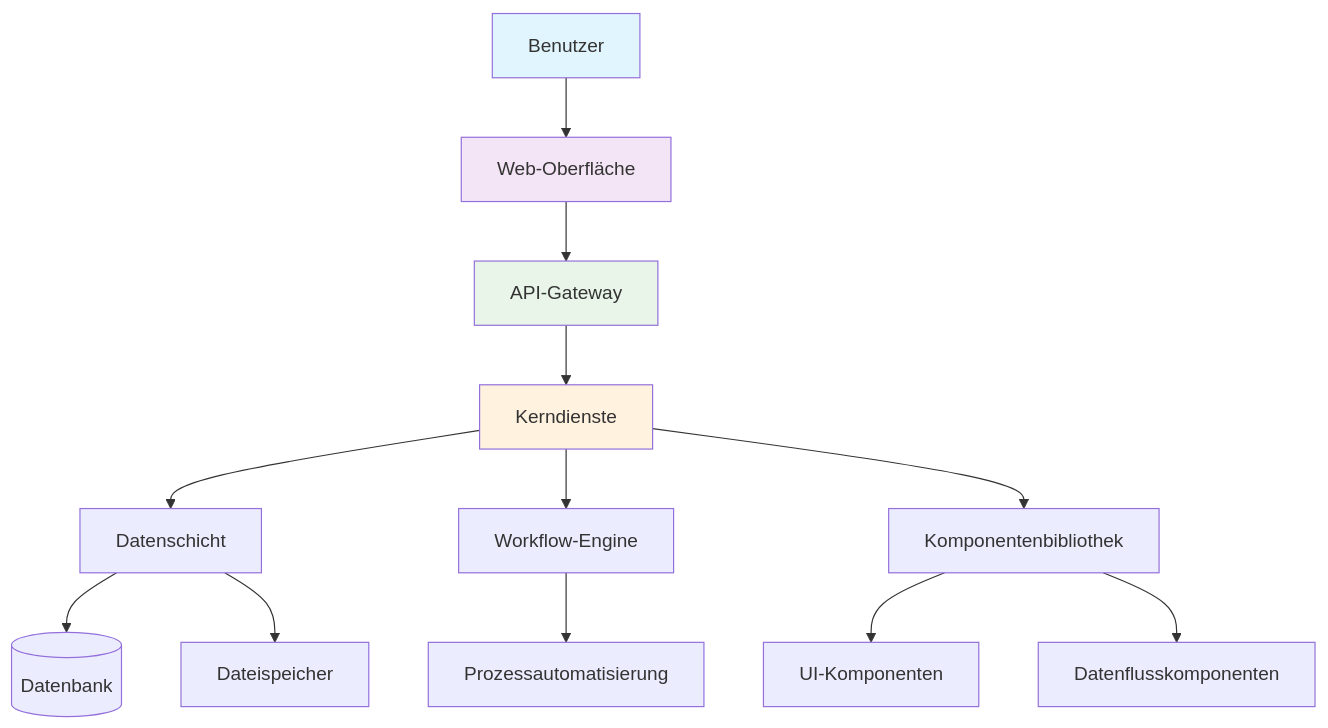
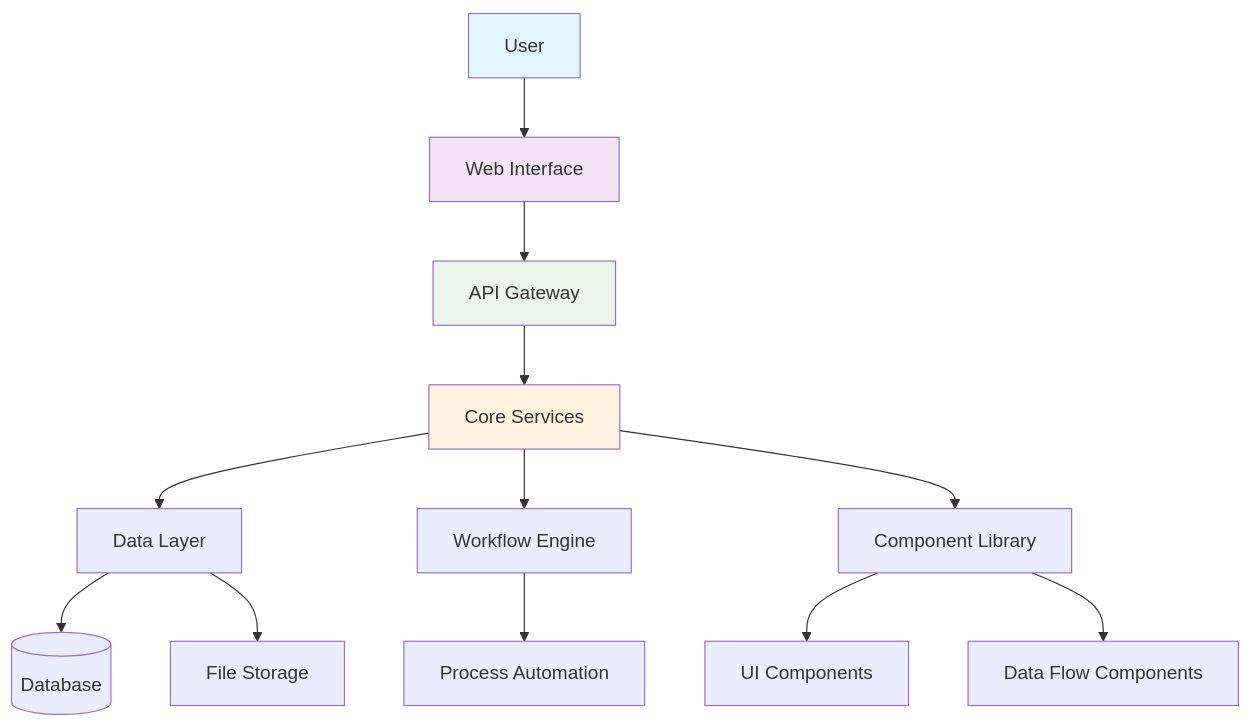
One commit to AqtraPlatform/Docs changed the first of 3 diagrams in docs/de/architecture.md. Above: the diagram before and after it, drawn with Mermaid. The commit also changed other lines of this file and 1326 other files, not shown here.

````diff
--- a/docs/de/architecture.md
+++ b/docs/de/architecture.md
@@ -7,21 +7,21 @@
 ```mermaid
 graph TB
-    A[Benutzer] --> B[Web-Oberfläche]
-    B --> C[API-Gateway]
-    C --> D[Kerndienste]
-    D --> E[Datenschicht]
-    D --> F[Workflow-Engine]
-    D --> G[Komponentenbibliothek]
+    A[User] --> B[Web Interface]
+    B --> C[API Gateway]
+    C --> D[Core Services]
+    D --> E[Data Layer]
+    D --> F[Workflow Engine]
+    D --> G[Component Library]
 
-    E --> H[(Datenbank)]
-    E --> I[Dateispeicher]
+    E --> H[(Database)]
+    E --> I[File Storage]
 
-    F --> J[Prozessautomatisierung]
-    G --> K[UI-Komponenten]
-    G --> L[Datenflusskomponenten]
+    F --> J[Process Automation]
+    G --> K[UI Components]
+    G --> L[Data Flow Components]
 
     style A fill:#e1f5fe
     style B fill:#f3e5f5
     style C fill:#e8f5e8
     style D fill:#fff3e0
 ```
````
